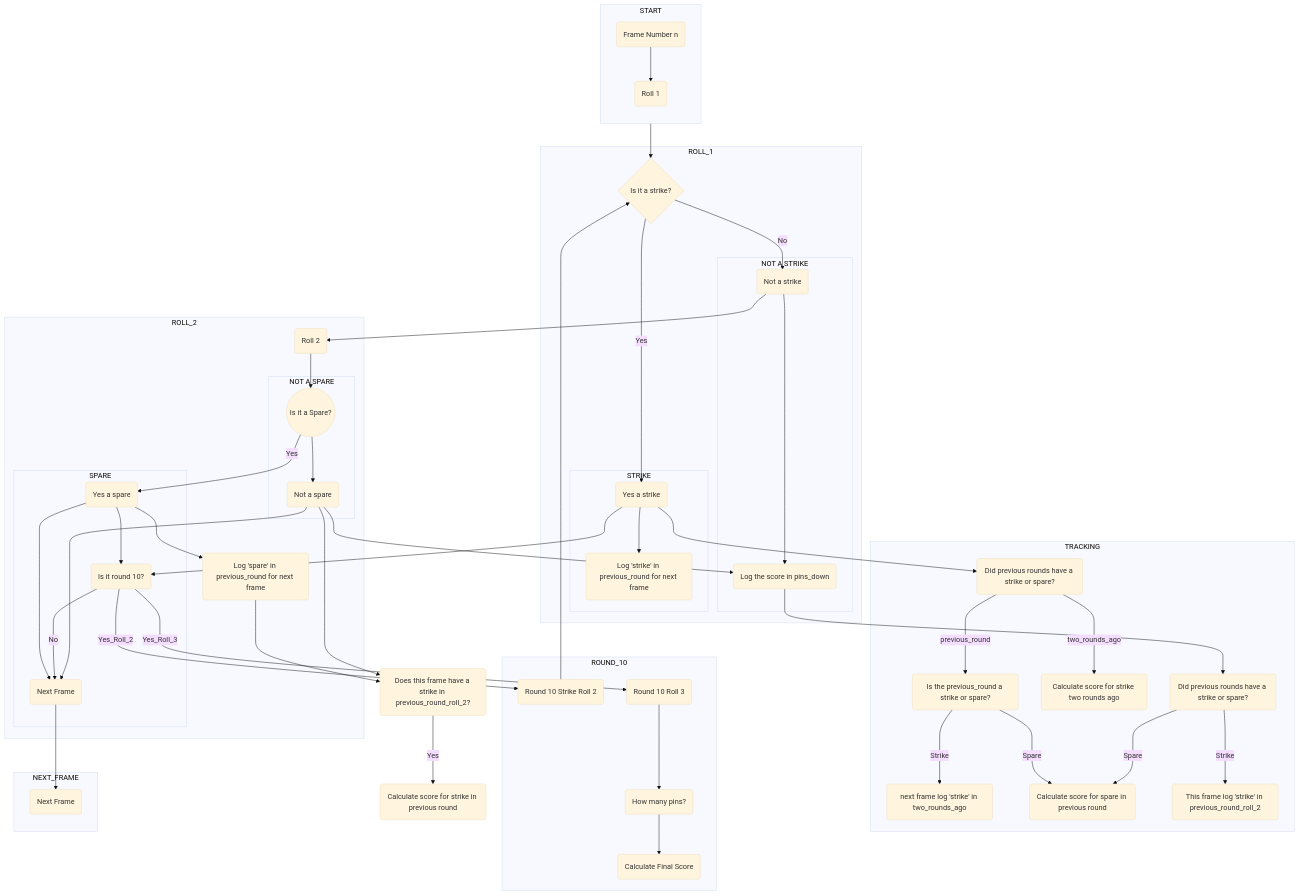
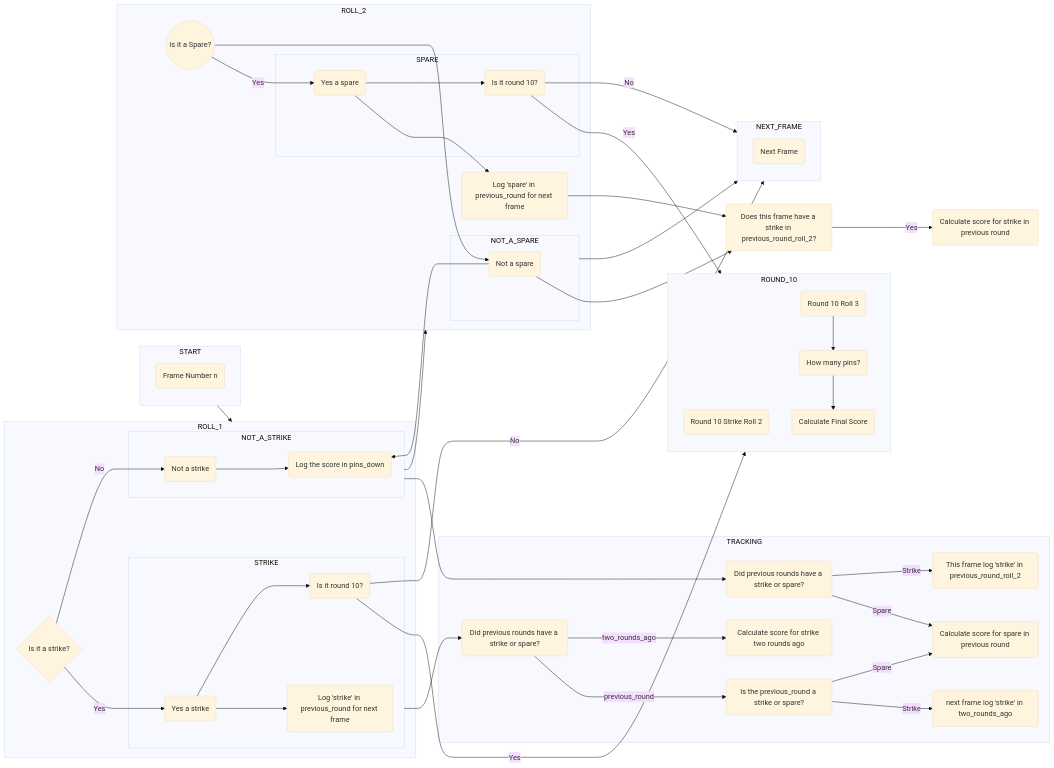
One commit to gawainhewitt/bowling-challenge-ruby changed the diagram in README.md. Above: the diagram before and after it, drawn with Mermaid (base theme).

Commit message:
commit
starting to shape up with possible objects

````diff
--- a/README.md
+++ b/README.md
@@ -11,7 +11,7 @@
 ```mermaid
 
-flowchart TD
-    A(Frame Number n)
+flowchart LR
+    
     C{Is it a strike?}
     D(Log 'strike' in previous_round for next frame)
     E(Did previous rounds have a strike or spare?)
@@ -22,10 +22,7 @@
     J(Log the score in pins_down)
     K(Log 'spare' in previous_round for next frame)
     L(Does this frame have a strike in previous_round_roll_2?)
-    M(Roll 1)
-    N(Roll 2)
     P(Not a spare)
-    Q(Next Frame)
     R(Yes a spare)
     S(Yes a strike)
     T(Not a strike)
@@ -39,70 +36,65 @@
     BA(Calculate Final Score)
     CA(How many pins?)
     DA(Next Frame)
+    EA(Is it round 10?)
 
     subgraph START
-        direction TB
-        A --> M
+        A(Frame Number n)
     end
     subgraph ROLL_1
         C -->|Yes| S
         C -->|No| T
         subgraph STRIKE
             S --> D
+            S --> EA
         end
-        subgraph NOT A STRIKE
+        subgraph NOT_A_STRIKE
             T --> J
         end
     end
     subgraph ROLL_2
-        T --> N
-        N --> I
         I -->|Yes|R
+        I --> P
         R --> K
         subgraph SPARE
-            R --> Q
             R --> Y
         end
-        subgraph NOT A SPARE
-            I --> P
+        subgraph NOT_A_SPARE
+            P
         end
     end
     
     subgraph TRACKING
-        S --> E
+        STRIKE --> E
         E -->|previous_round| F
         E -->|two_rounds_ago| U
         F -->|Strike| G
         F -->|Spare| H
-        J --> V
         V -->|Spare|H
         V -->|Strike|W
     end
     subgraph ROUND_10
-        Y -->|Yes_Roll_3| AA
-        Y -->|Yes_Roll_2| Z
-        Z --> C
-        Y -->|No| Q
+    Z
         AA --> CA
         CA --> BA
     end
     subgraph NEXT_FRAME
-        Q --> DA
+        DA
     end
     
-    
-    
-    M --> C
-    
-    S --> Y
-    
+    START --> ROLL_1
+    NOT_A_STRIKE --> V
+    NOT_A_STRIKE --> ROLL_2
+    Y -->|Yes|ROUND_10
+    Y -->|No| NEXT_FRAME
+    NOT_A_SPARE --> NEXT_FRAME
+    EA -->|Yes|ROUND_10
+    EA -->|No|NEXT_FRAME
     
     
     P --> J
-    P --> Q
     K --> L
     L -->|Yes|X
-    
     P --> L
 
 ```
````
